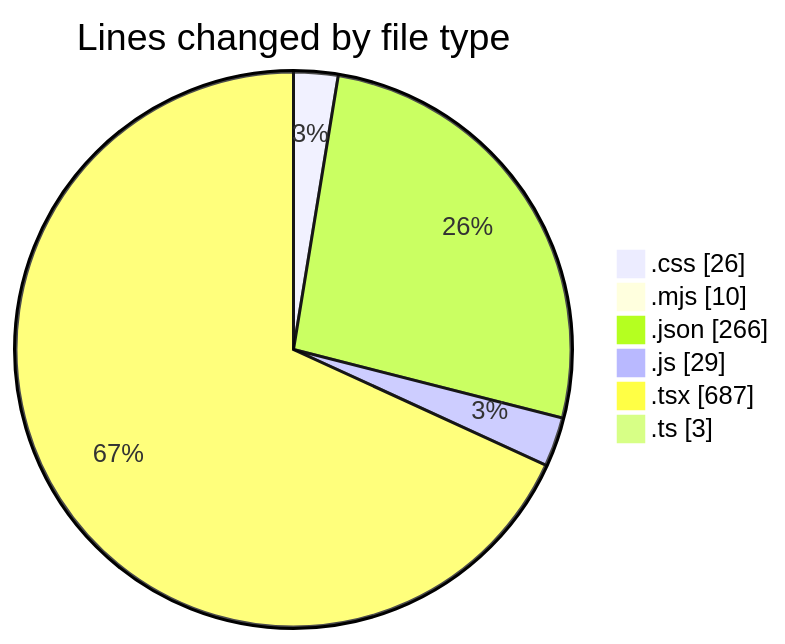
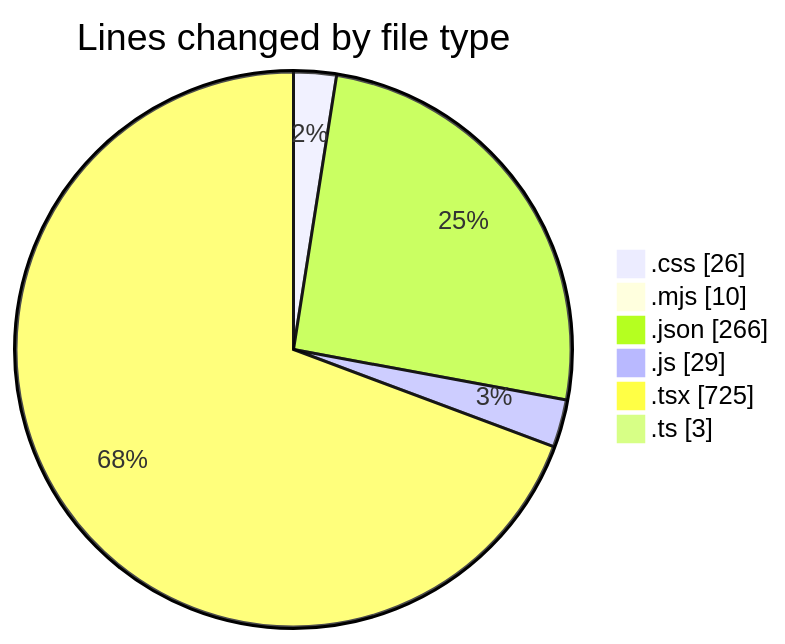
One commit to Ritupan-Deka/code-tracking changed the first of 2 diagrams in 2025-06-23/scopecraft/README.md. Above: the diagram before and after it, drawn with Mermaid. The commit also changed other lines of this file and 1 other file, not shown here.

````diff
--- a/2025-06-23/scopecraft/README.md
+++ b/2025-06-23/scopecraft/README.md
@@ -36,10 +36,10 @@
 ```mermaid
 pie showData
 title Lines changed by file type
 ".css" : 26
 ".mjs" : 10
 ".json" : 266
 ".js" : 29
-".tsx" : 687
+".tsx" : 725
 ".ts" : 3
 ```
````
